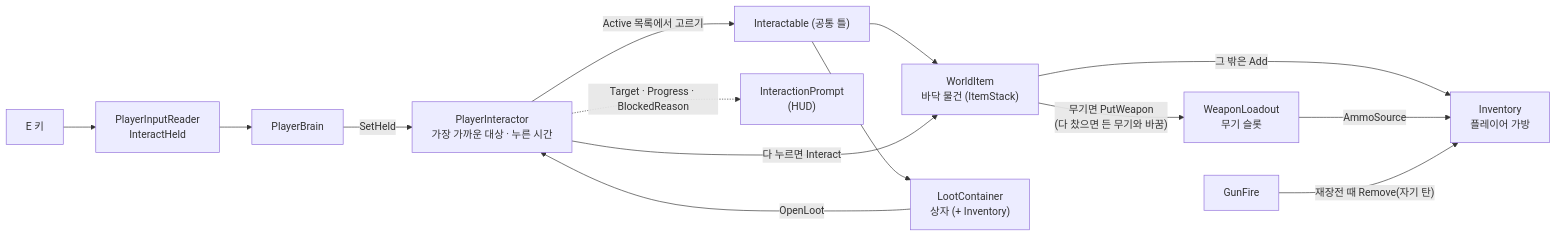
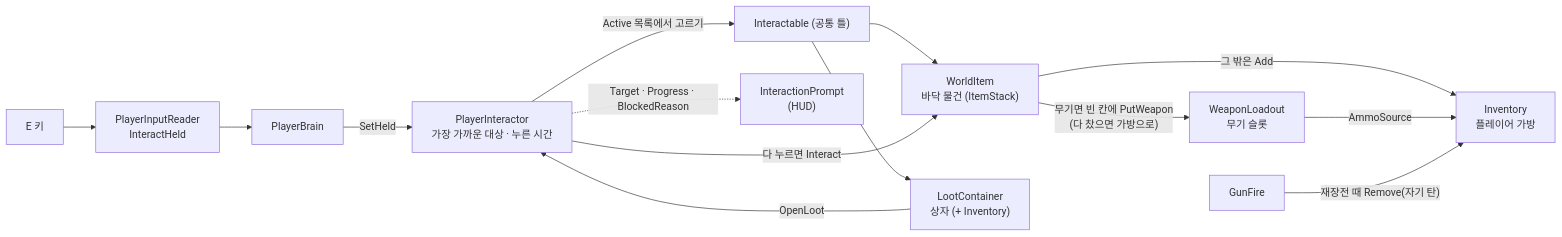
The fourth of 8 diagrams in docs/코드-구조.md (odyo0/project_dust_scrapper), drawn with Mermaid before and after one commit. The commit also changed other lines of this file and 5 other files, not shown here.

````diff
--- a/docs/코드-구조.md
+++ b/docs/코드-구조.md
@@ -204,16 +204,16 @@
 ```mermaid
 flowchart LR
     E["E 키"] --> PIR["PlayerInputReader<br/>InteractHeld"]
     PIR --> PB["PlayerBrain"]
     PB -- "SetHeld" --> PI["PlayerInteractor<br/>가장 가까운 대상 · 누른 시간"]
     PI -- "Active 목록에서 고르기" --> IA["Interactable (공통 틀)"]
     IA --> WI["WorldItem<br/>바닥 물건 (ItemStack)"]
     PI -- "다 누르면 Interact" --> WI
-    WI -- "무기면 PutWeapon<br/>(다 찼으면 든 무기와 바꿈)" --> WL["WeaponLoadout<br/>무기 슬롯"]
+    WI -- "무기면 빈 칸에 PutWeapon<br/>(다 찼으면 가방으로)" --> WL["WeaponLoadout<br/>무기 슬롯"]
     WI -- "그 밖은 Add" --> INV["Inventory<br/>플레이어 가방"]
     WL -- "AmmoSource" --> INV
     GUN["GunFire"] -- "재장전 때 Remove(자기 탄)" --> INV
     PI -. "Target · Progress · BlockedReason" .-> PR["InteractionPrompt<br/>(HUD)"]
     IA --> LC["LootContainer<br/>상자 (+ Inventory)"]
     LC -- "OpenLoot" --> PI
 ```
````
